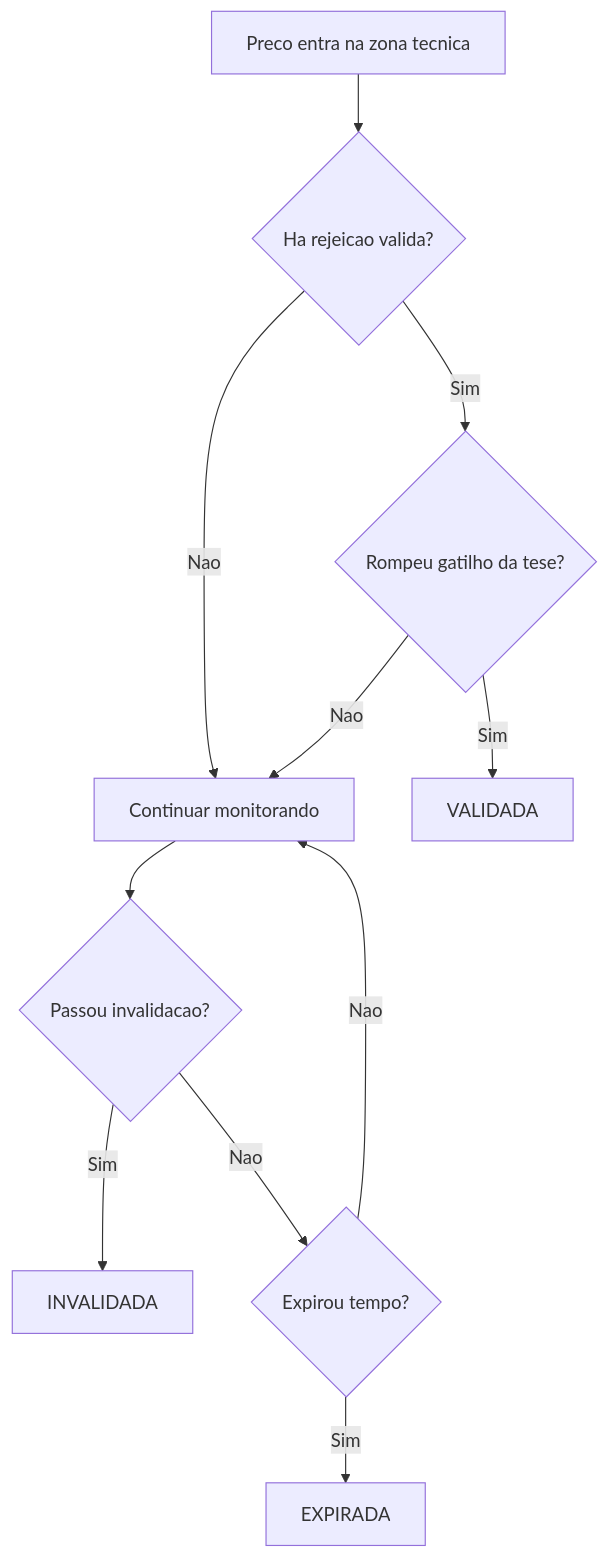
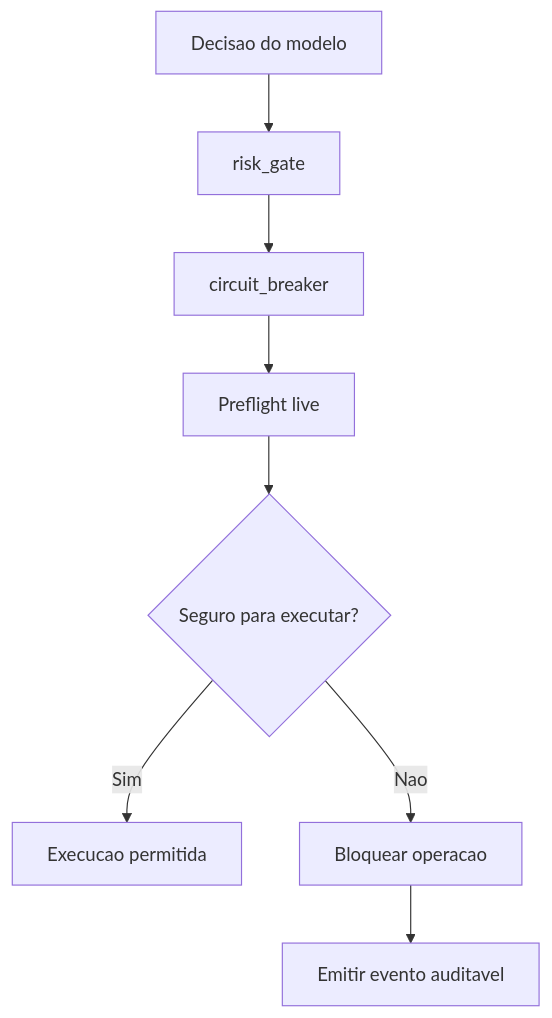
The third of 7 diagrams in docs/DIAGRAMAS.md (jadergreiner/crypto-futures-agent), drawn with Mermaid before and after one commit. The commit also changed other lines of this file, not shown here.

Commit message:
[SYNC] Atualizar diagramas para arquitetura model-driven

````diff
--- a/docs/DIAGRAMAS.md
+++ b/docs/DIAGRAMAS.md
@@ -227,13 +48,10 @@
 ```mermaid
 flowchart TD
-    A[Preco entra na zona tecnica] --> B{Ha rejeicao valida?}
-    B -->|Nao| C[Continuar monitorando]
-    B -->|Sim| D{Rompeu gatilho da tese?}
-    D -->|Nao| C
-    D -->|Sim| E[VALIDADA]
-    C --> F{Passou invalidacao?}
-    F -->|Sim| G[INVALIDADA]
-    F -->|Nao| H{Expirou tempo?}
-    H -->|Sim| I[EXPIRADA]
-    H -->|Nao| C
+  A[Decisao do modelo] --> B[risk_gate]
+  B --> C[circuit_breaker]
+  C --> D[Preflight live]
+  D --> E{Seguro para executar?}
+  E -->|Sim| F[Execucao permitida]
+  E -->|Nao| G[Bloquear operacao]
+  G --> H[Emitir evento auditavel]
 ```
````
